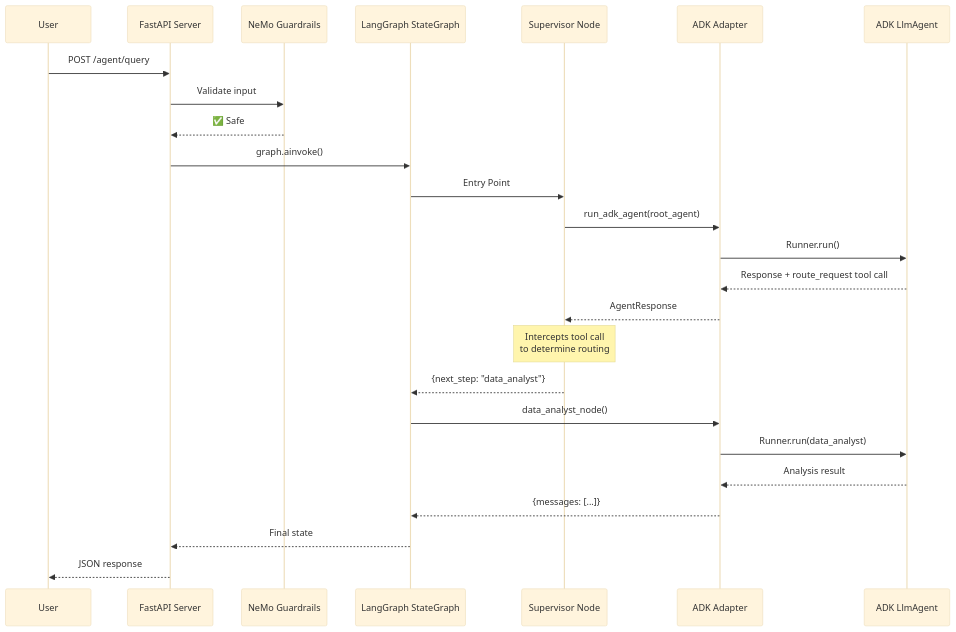
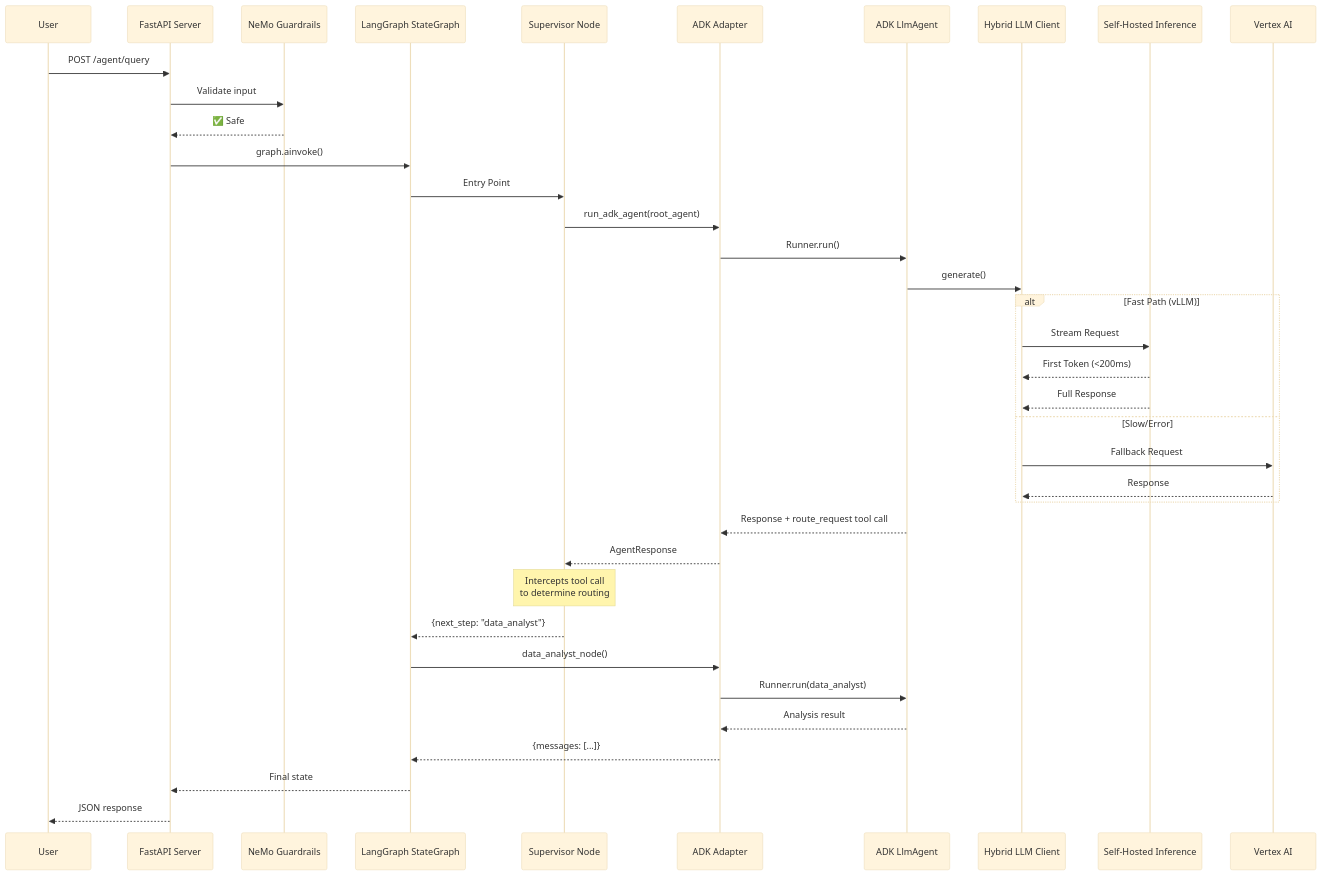
Before and after one commit to lahlfors/cybernetic-governance-engine: the first of 2 diagrams in ARCHITECTURE.md, drawn with Mermaid (base theme). The commit also changed other lines of this file and 3 other files, not shown here.

````diff
--- a/ARCHITECTURE.md
+++ b/ARCHITECTURE.md
@@ -43,32 +56,46 @@
 ```mermaid
 sequenceDiagram
     participant User
     participant Server as FastAPI Server
     participant NeMo as NeMo Guardrails
     participant Graph as LangGraph StateGraph
     participant Supervisor as Supervisor Node
     participant Adapter as ADK Adapter
     participant Agent as ADK LlmAgent
+    participant HybridClient as Hybrid LLM Client
+    participant vLLM as Self-Hosted Inference
+    participant Vertex as Vertex AI
 
     User->>Server: POST /agent/query
     Server->>NeMo: Validate input
     NeMo-->>Server: ✅ Safe
     Server->>Graph: graph.ainvoke()
     
     Graph->>Supervisor: Entry Point
     Supervisor->>Adapter: run_adk_agent(root_agent)
     Adapter->>Agent: Runner.run()
+    Agent->>HybridClient: generate()
+
+    alt Fast Path (vLLM)
+        HybridClient->>vLLM: Stream Request
+        vLLM-->>HybridClient: First Token (<200ms)
+        vLLM-->>HybridClient: Full Response
+    else Slow/Error
+        HybridClient->>Vertex: Fallback Request
+        Vertex-->>HybridClient: Response
+    end
+
     Agent-->>Adapter: Response + route_request tool call
     Adapter-->>Supervisor: AgentResponse
     
     Note over Supervisor: Intercepts tool call<br/>to determine routing
     
     Supervisor-->>Graph: {next_step: "data_analyst"}
     Graph->>Adapter: data_analyst_node()
     Adapter->>Agent: Runner.run(data_analyst)
     Agent-->>Adapter: Analysis result
     Adapter-->>Graph: {messages: [...]}
     
     Graph-->>Server: Final state
     Server-->>User: JSON response
 ```
````
